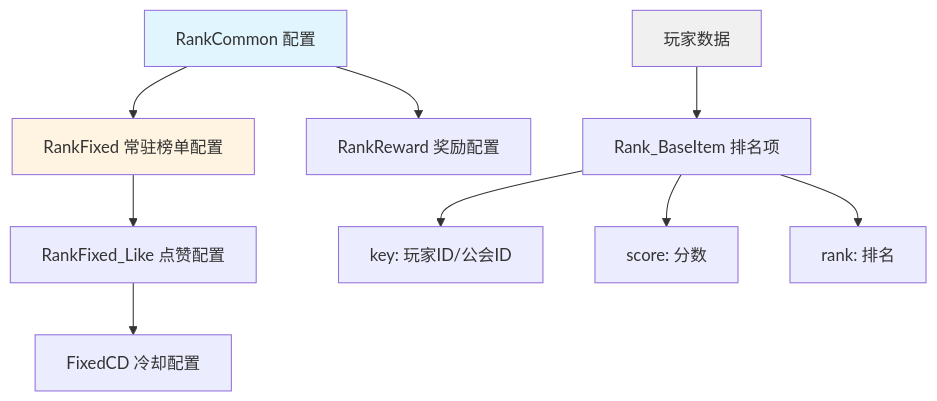
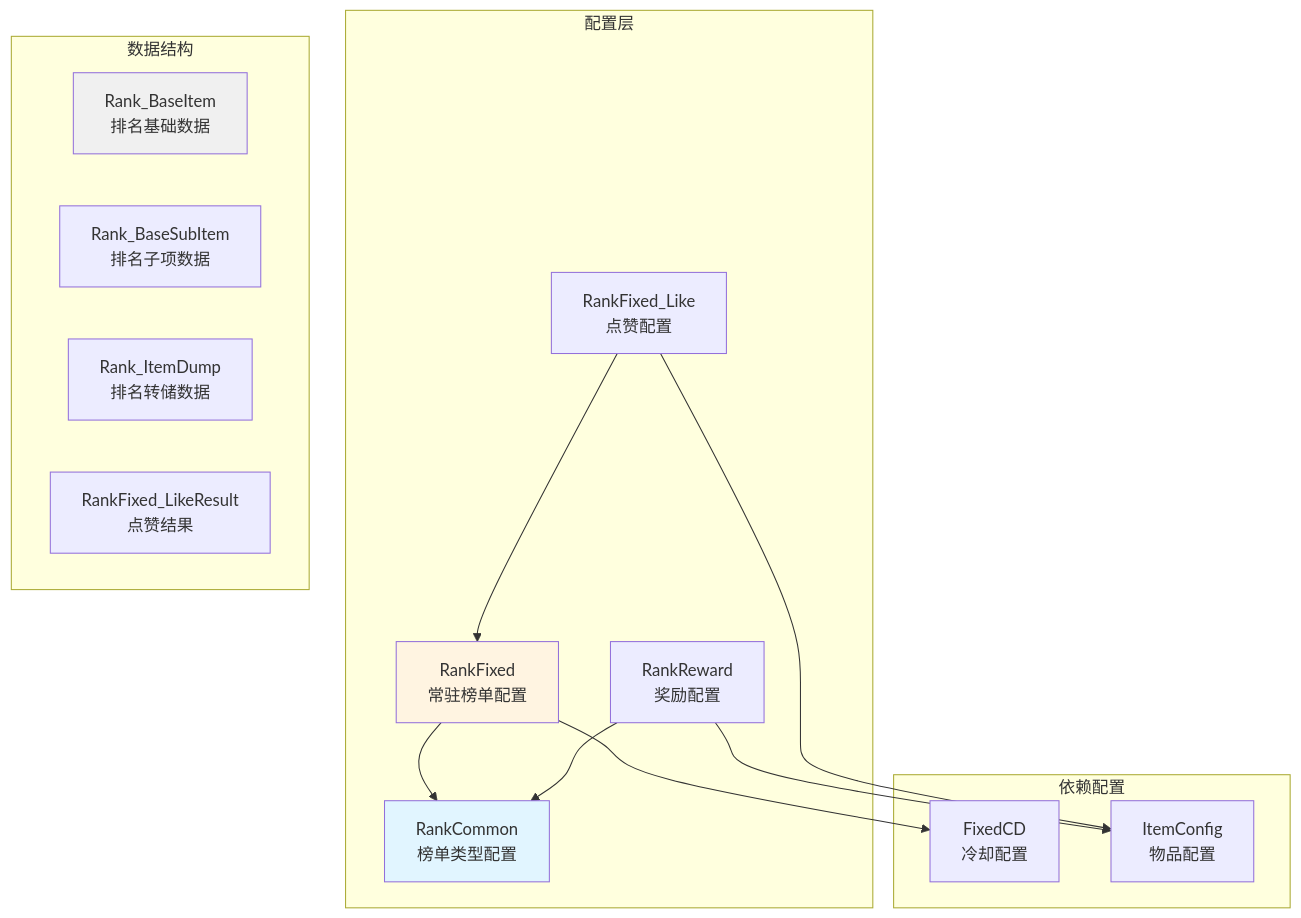
The first of 2 diagrams in docs/Module_Rank/01_数据配表.md (Alan-Ben/k2c_game_framework), drawn with Mermaid before and after one commit. The commit also changed other lines of this file and 10 other files, not shown here.

Commit message:
docs: 完善 Consort/Mail/Rank 模块文档 - mermaid图、代码示例、完整字段列表

````diff
--- a/docs/Module_Rank/01_数据配表.md
+++ b/docs/Module_Rank/01_数据配表.md
@@ -9,16 +9,32 @@
 ```mermaid
 graph TB
-    A[RankCommon 配置] --> B[RankFixed 常驻榜单配置]
-    A --> C[RankReward 奖励配置]
-    B --> D[RankFixed_Like 点赞配置]
-    D --> E[FixedCD 冷却配置]
+    subgraph 配置层
+        A[RankCommon<br/>榜单类型配置]
+        B[RankFixed<br/>常驻榜单配置]
+        C[RankReward<br/>奖励配置]
+        D[RankFixed_Like<br/>点赞配置]
+    end
 
-    F[玩家数据] --> G[Rank_BaseItem 排名项]
-    G --> H[key: 玩家ID/公会ID]
-    G --> I[score: 分数]
-    G --> J[rank: 排名]
+    subgraph 依赖配置
+        E[FixedCD<br/>冷却配置]
+        F[ItemConfig<br/>物品配置]
+    end
+
+    subgraph 数据结构
+        G[Rank_BaseItem<br/>排名基础数据]
+        H[Rank_BaseSubItem<br/>排名子项数据]
+        I[Rank_ItemDump<br/>排名转储数据]
+        J[RankFixed_LikeResult<br/>点赞结果]
+    end
+
+    B --> A
+    B --> E
+    C --> A
+    C --> F
+    D --> B
+    D --> F
 
     style A fill:#e1f5ff
     style B fill:#fff4e1
-    style F fill:#f0f0f0
+    style G fill:#f0f0f0
 ```
````
